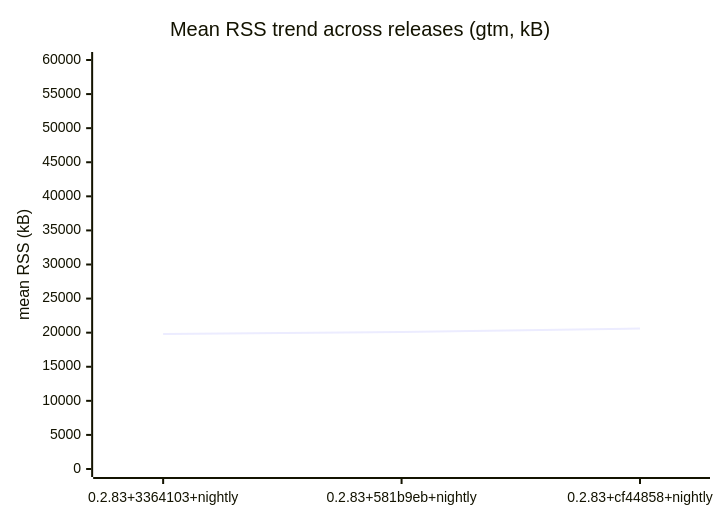
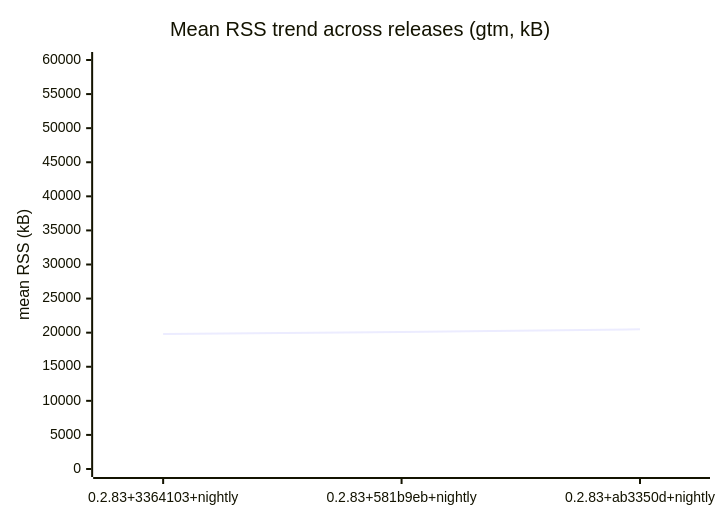
Before and after one commit to prjctimg/gtm.rs: the second of 3 diagrams in BENCHMARK.md, drawn with Mermaid. The commit also changed other lines of this file and 1 other file, not shown here.

Commit message:
bench: results for 0.2.83+ab3350d+nightly [skip nightly]

````diff
--- a/BENCHMARK.md
+++ b/BENCHMARK.md
@@ -37,7 +37,7 @@
 ```mermaid
 xychart-beta
   title "Mean RSS trend across releases (gtm, kB)"
-  x-axis [0.2.83+3364103+nightly, 0.2.83+581b9eb+nightly, 0.2.83+cf44858+nightly]
+  x-axis [0.2.83+3364103+nightly, 0.2.83+581b9eb+nightly, 0.2.83+ab3350d+nightly]
   y-axis "mean RSS (kB)" 0 --> 60000
-  line [19817,20097,20597]
+  line [19817,20097,20489]
 ```
````
